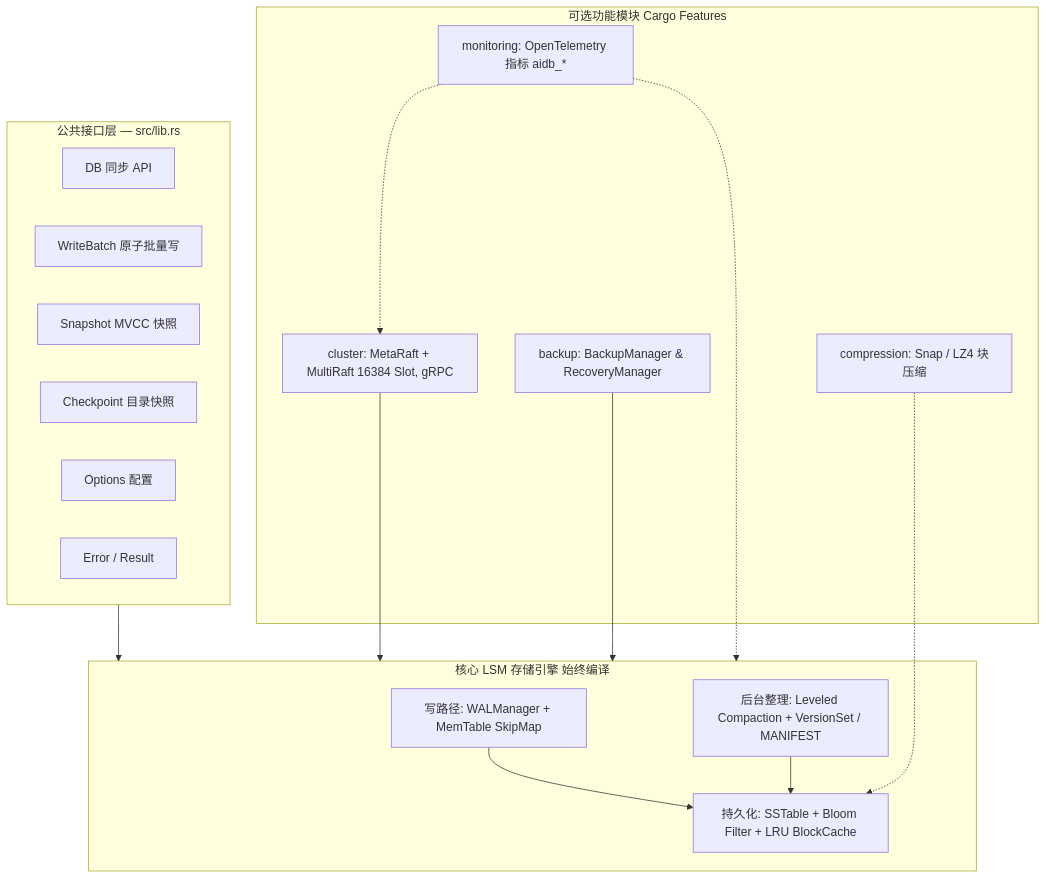
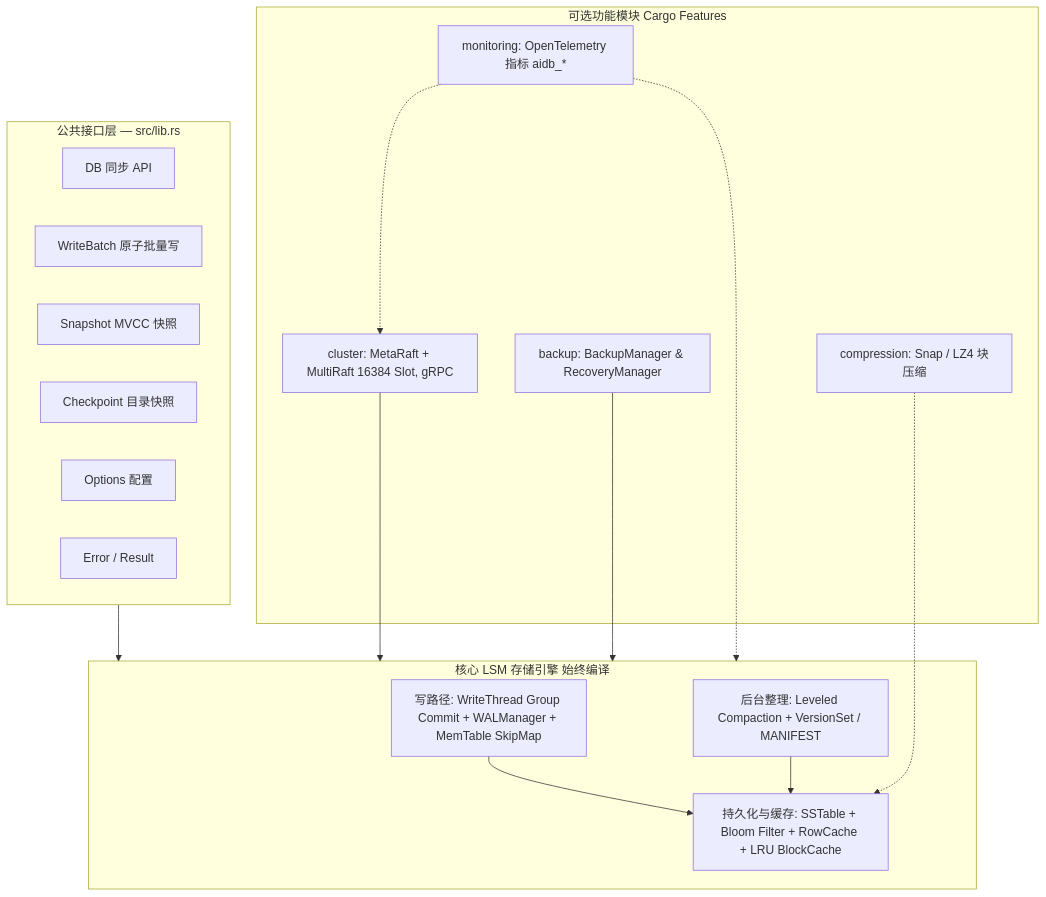
The first of 8 diagrams in ARCHITECTURE.md (wiqun/AiDb), drawn with Mermaid before and after one commit. The commit also changed other lines of this file and 28 other files, not shown here.

````diff
--- a/ARCHITECTURE.md
+++ b/ARCHITECTURE.md
@@ -29,33 +29,33 @@
 ```mermaid
 flowchart TB
     subgraph API [公共接口层 — src/lib.rs]
         DB[DB 同步 API]
         Batch[WriteBatch 原子批量写]
         Snap[Snapshot MVCC 快照]
         CP[Checkpoint 目录快照]
         Opts[Options 配置]
         Err[Error / Result]
     end
 
     subgraph Engine [核心 LSM 存储引擎 始终编译]
-        WP[写路径: WALManager + MemTable SkipMap]
-        PS[持久化: SSTable + Bloom Filter + LRU BlockCache]
+        WP[写路径: WriteThread Group Commit + WALManager + MemTable SkipMap]
+        PS[持久化与缓存: SSTable + Bloom Filter + RowCache + LRU BlockCache]
         CPK[后台整理: Leveled Compaction + VersionSet / MANIFEST]
     end
 
     subgraph Extensions [可选功能模块 Cargo Features]
         Cluster[cluster: MetaRaft + MultiRaft 16384 Slot, gRPC]
         Backup[backup: BackupManager & RecoveryManager]
         Compress[compression: Snap / LZ4 块压缩]
         Monitor[monitoring: OpenTelemetry 指标 aidb_*]
     end
 
     API --> Engine
     WP --> PS
     CPK --> PS
     Cluster --> Engine
     Backup --> Engine
     Compress -.-> PS
     Monitor -.-> Engine
     Monitor -.-> Cluster
 ```
````
